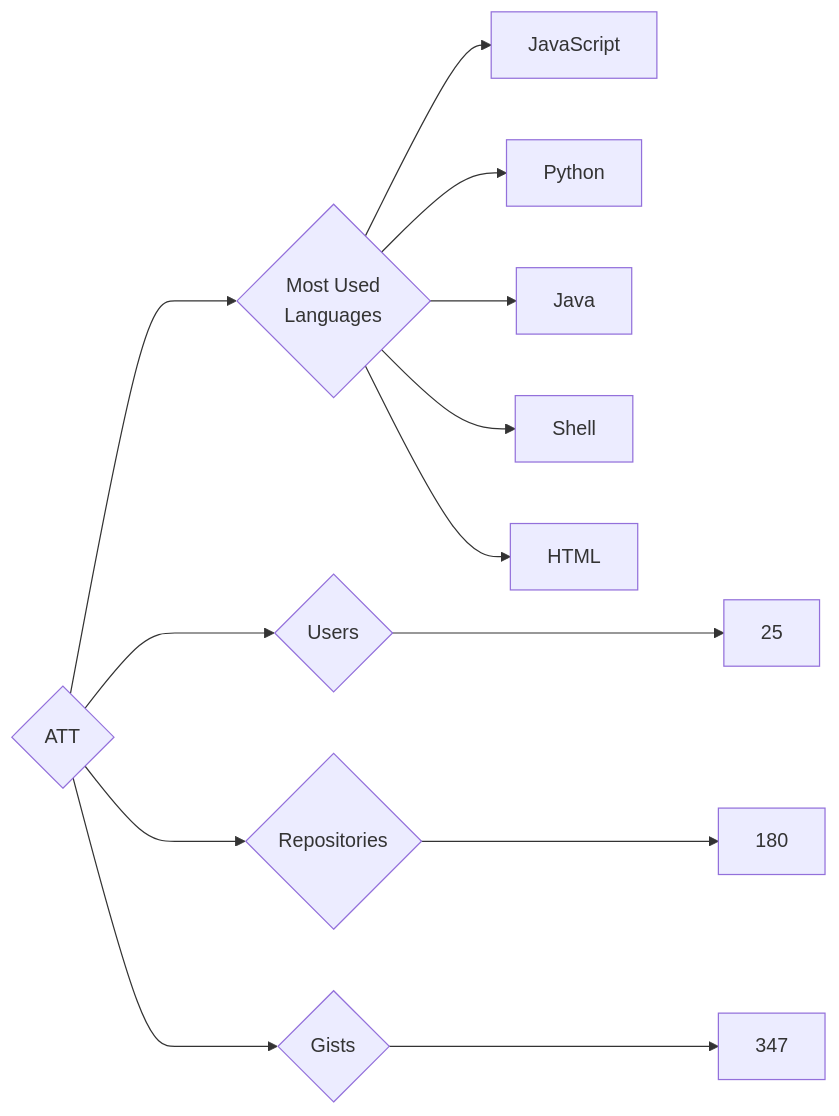
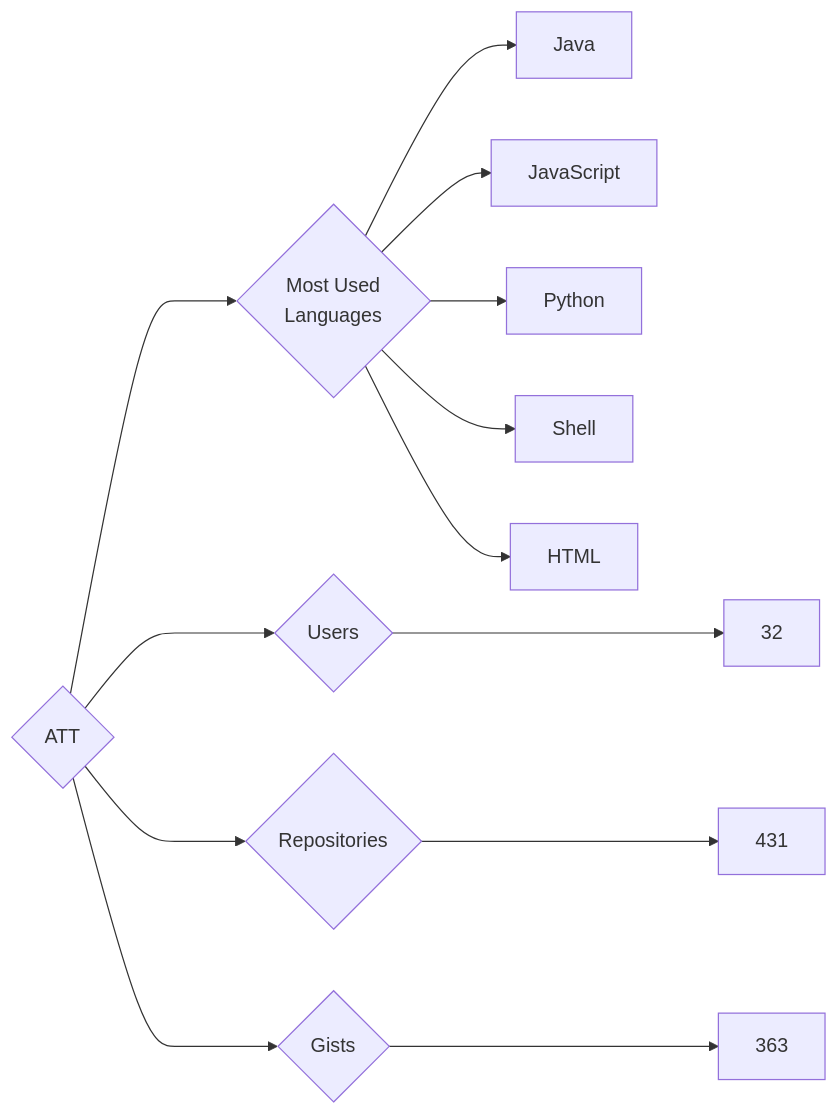
The diagram in targets/ATT/README.md (trickest/insiders), drawn with Mermaid before and after one commit. The commit also changed 809 other files, not shown here.

````diff
--- a/targets/ATT/README.md
+++ b/targets/ATT/README.md
@@ -3,13 +3,13 @@
 ```mermaid
 graph LR
 COMPANY_NAME{ATT}
-COMPANY_NAME ---> U{Users} ---> UN[25]
-COMPANY_NAME ---> R{Repositories} ---> RN[180]
-COMPANY_NAME ---> G{Gists} ---> GN[347]
+COMPANY_NAME ---> U{Users} ---> UN[32]
+COMPANY_NAME ---> R{Repositories} ---> RN[431]
+COMPANY_NAME ---> G{Gists} ---> GN[363]
 COMPANY_NAME ---> ML{Most Used<br>Languages}
+ML --> Java[Java]
 ML --> JavaScript[JavaScript]
 ML --> Python[Python]
-ML --> Java[Java]
 ML --> Shell[Shell]
 ML --> HTML[HTML]
 ```
````
